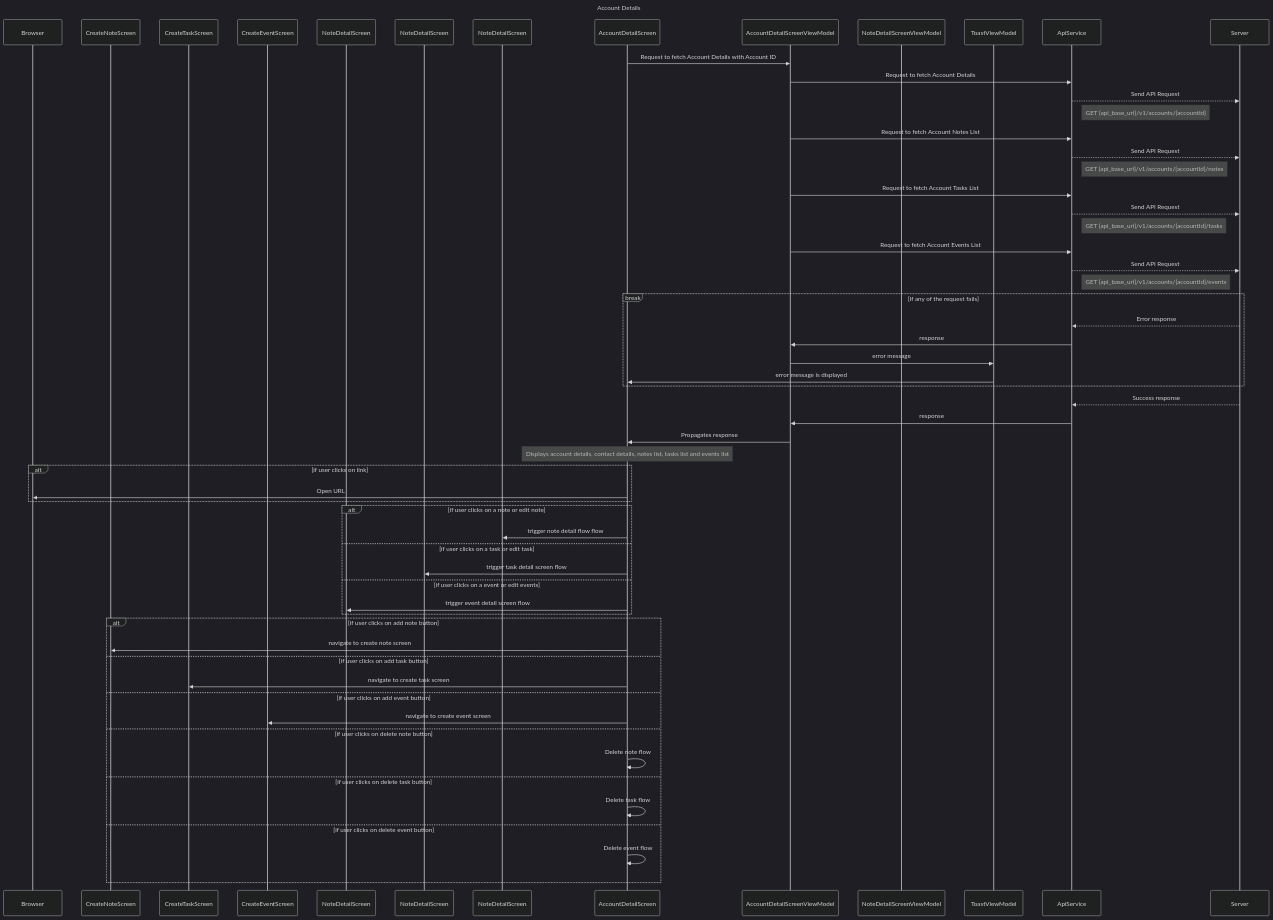
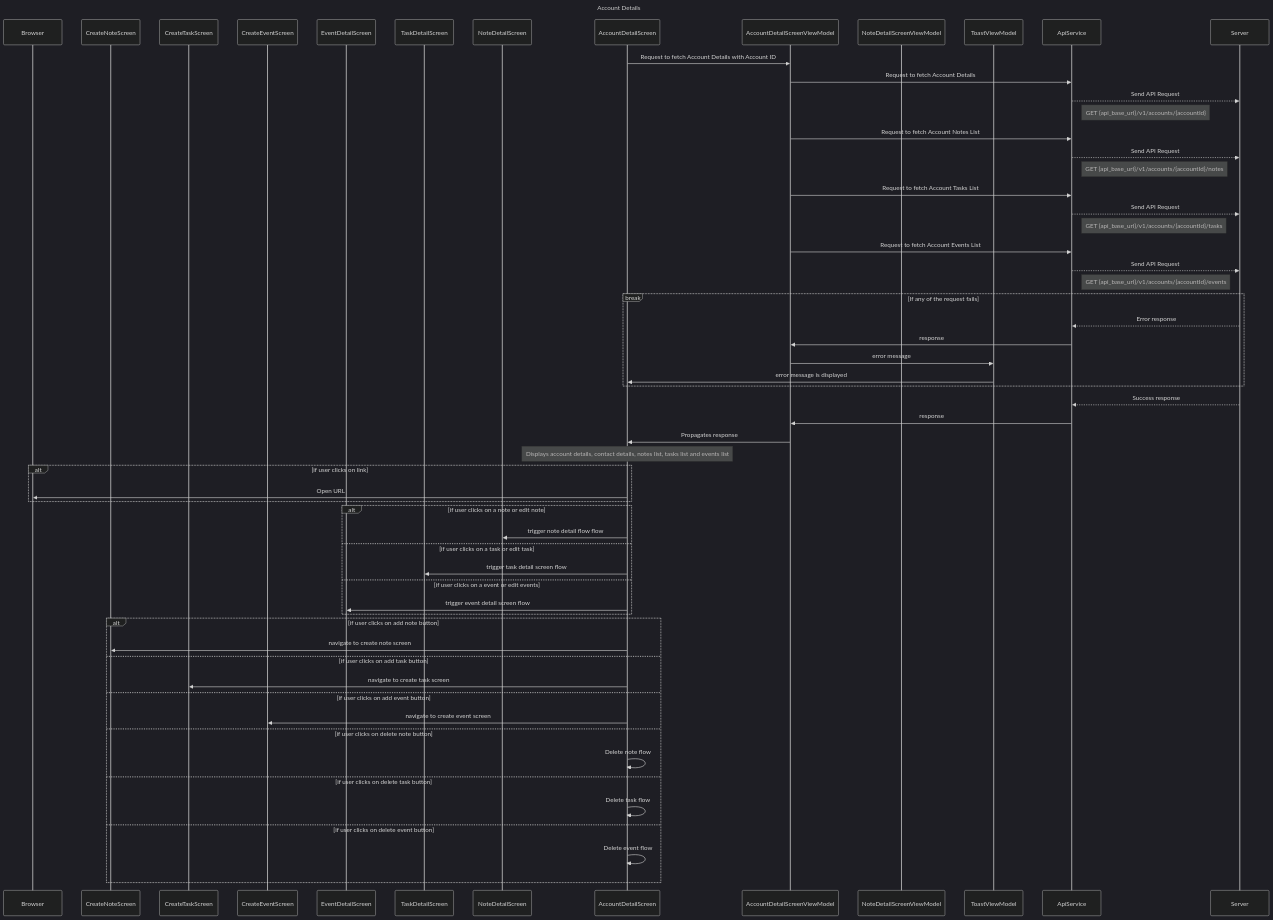
The diagram in flowDiagrams/IOS/AccountDetailScreen.mermaid (TrueSparrowSystems/AI-SalesSparrow-Docs), drawn with Mermaid (dark theme) before and after one commit. The commit also changed 1 other file, not shown here.

```diff
--- a/flowDiagrams/IOS/AccountDetailScreen.mermaid
+++ b/flowDiagrams/IOS/AccountDetailScreen.mermaid
@@ -1,68 +1,68 @@
 sequenceDiagram
     title Account Details
 
     participant B as Browser
     participant CNS as CreateNoteScreen
     participant CTS as CreateTaskScreen
     participant CES as CreateEventScreen
-    participant EDS as NoteDetailScreen
-    participant TDS as NoteDetailScreen
+    participant EDS as EventDetailScreen
+    participant TDS as TaskDetailScreen
     participant NDS as NoteDetailScreen
     participant ADS as AccountDetailScreen
     participant ADSVM as AccountDetailScreenViewModel
     participant NDSVM as NoteDetailScreenViewModel
     participant TVM as ToastViewModel
     participant AS as ApiService
     participant S as Server
 
 
     ADS->>ADSVM: Request to fetch Account Details with Account ID
     ADSVM->>AS: Request to fetch Account Details
     AS-->>S: Send API Request
     note right of AS: GET {api_base_url}/v1/accounts/{accountId}
     ADSVM->>AS: Request to fetch Account Notes List
     AS-->>S: Send API Request
     note right of AS: GET {api_base_url}/v1/accounts/{accountId}/notes
     ADSVM->>AS: Request to fetch Account Tasks List
     AS-->>S: Send API Request
     note right of AS: GET {api_base_url}/v1/accounts/{accountId}/tasks
     ADSVM->>AS: Request to fetch Account Events List
     AS-->>S: Send API Request
     note right of AS: GET {api_base_url}/v1/accounts/{accountId}/events
     
 
     break If any of the request fails
         S-->>AS: Error response
         AS->>ADSVM: response
         ADSVM->>TVM: error message
         TVM->>ADS: error message is displayed
     end
     
     S-->>AS: Success response
     AS->>ADSVM: response
     ADSVM->>ADS: Propagates response
     note over ADS: Displays account details, contact details, notes list, tasks list and events list
     alt if user clicks on link
         ADS ->> B: Open URL
     end
     alt if user clicks on a note or edit note
         ADS ->> NDS: trigger note detail flow flow
     else if user clicks on a task or edit task
         ADS ->> TDS: trigger task detail screen flow
     else if user clicks on a event or edit events
         ADS ->> EDS: trigger event detail screen flow
     end
 
     alt if user clicks on add note button
         ADS ->> CNS: navigate to create note screen
     else if user clicks on add task button
         ADS ->> CTS: navigate to create task screen
     else if user clicks on add event button
         ADS ->> CES: navigate to create event screen
     else if user clicks on delete note button
         ADS->>ADS: Delete note flow
     else if user clicks on delete task button
         ADS->>ADS: Delete task flow
     else if user clicks on delete event button
         ADS->>ADS: Delete event flow
     end
```
